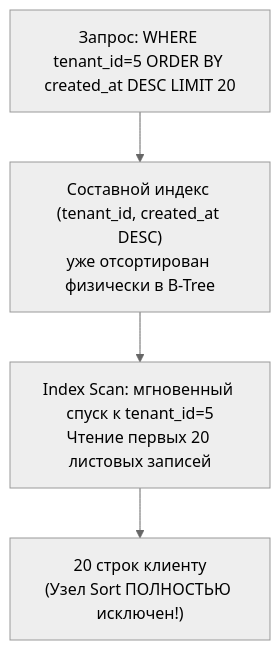
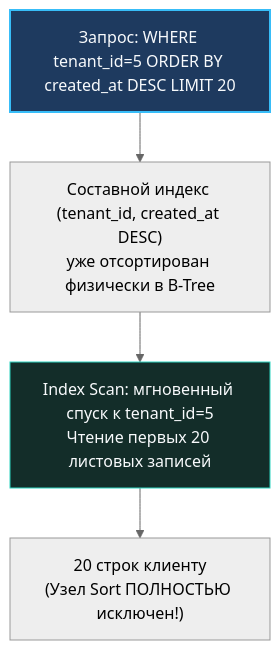
The diagram in sources/12. Базы данных/04. Индексы и производительность/15. Оптимизация SELECT.md (UnrealTemplier/go-textbook), drawn with Mermaid (neutral theme) before and after one commit. The commit also changed 1666 other files, not shown here.

First line of the commit message:
feat(mermaid): add semantic color classDef to 1369 colorless flowchart/graph diagrams

````diff
--- a/sources/12. Базы данных/04. Индексы и производительность/15. Оптимизация SELECT.md
+++ b/sources/12. Базы данных/04. Индексы и производительность/15. Оптимизация SELECT.md
@@ -89,11 +89,21 @@
 ```mermaid
 flowchart TD
-    Query["Запрос: WHERE tenant_id=5 ORDER BY created_at DESC LIMIT 20"]
+    classDef process  fill:#1e293b,stroke:#38bdf8,stroke-width:1px,color:#f8fafc
+    classDef success  fill:#064e3b,stroke:#34d399,stroke-width:1px,color:#f8fafc
+    classDef error    fill:#7f1d1d,stroke:#f87171,stroke-width:1px,color:#f8fafc
+    classDef warning  fill:#78350f,stroke:#fbbf24,stroke-width:1px,color:#f8fafc
+    classDef entry    fill:#1e3a5f,stroke:#38bdf8,stroke-width:2px,color:#f8fafc
+    classDef aux      fill:#334155,stroke:#64748b,stroke-width:1px,color:#f8fafc
+    classDef system   fill:#312e81,stroke:#a78bfa,stroke-width:1px,color:#f8fafc
+    classDef data     fill:#132d29,stroke:#2dd4bf,stroke-width:1px,color:#f8fafc
+    classDef network  fill:#881337,stroke:#fb7185,stroke-width:1px,color:#f8fafc
+    classDef accent   fill:#1e1b4b,stroke:#818cf8,stroke-width:1px,color:#f8fafc
+    Query["Запрос: WHERE tenant_id=5 ORDER BY created_at DESC LIMIT 20"]:::entry
     Index["Составной индекс (tenant_id, created_at DESC)<br>уже отсортирован физически в B-Tree"]
-    Scan["Index Scan: мгновенный спуск к tenant_id=5<br>Чтение первых 20 листовых записей"]
+    Scan["Index Scan: мгновенный спуск к tenant_id=5<br>Чтение первых 20 листовых записей"]:::data
     Result["20 строк клиенту<br>(Узел Sort ПОЛНОСТЬЮ исключен!)"]
 
     Query --> Index
     Index --> Scan
     Scan --> Result
 ```
````
